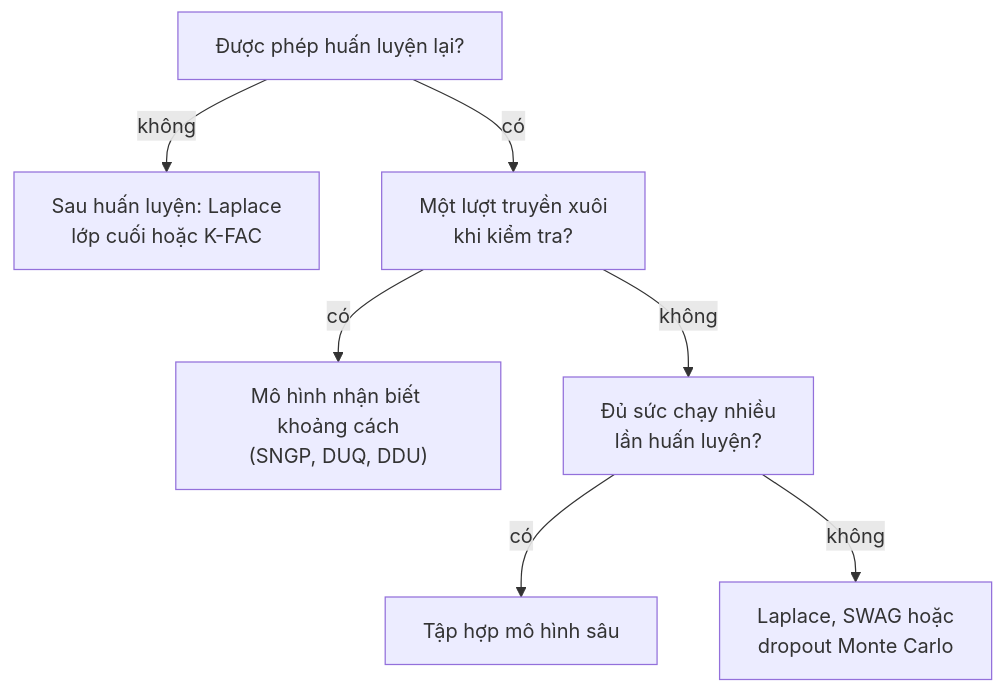
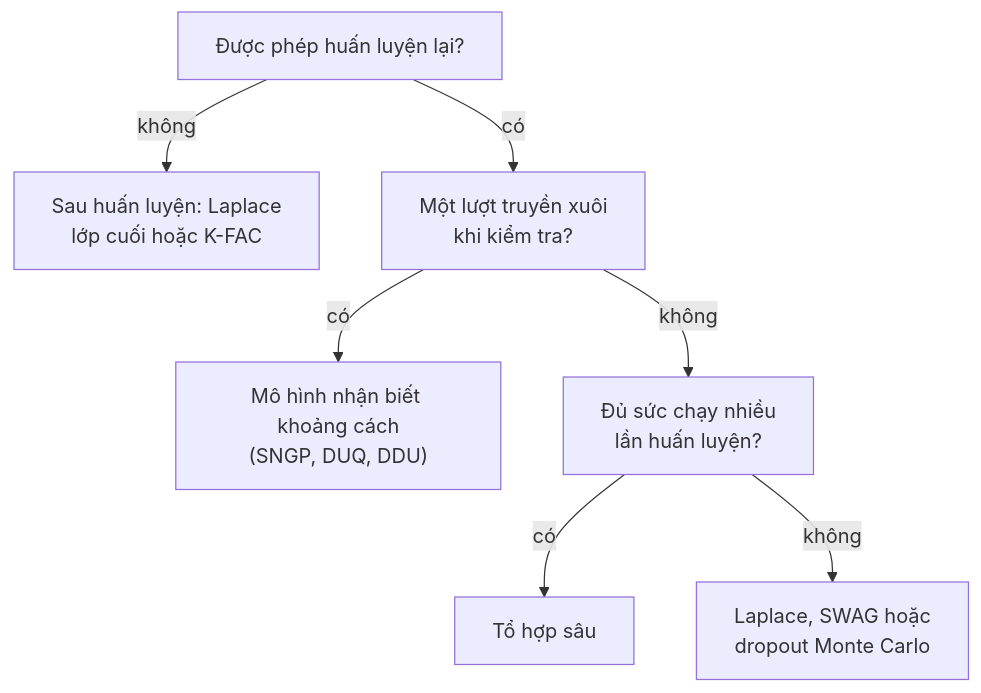
The diagram in src/content/blog/vi/scaling-bayesian-deep-learning.mdx (acrr-asia/acrr), drawn with Mermaid before and after one commit. The commit also changed other lines of this file and 11 other files, not shown here.

````diff
--- a/src/content/blog/vi/scaling-bayesian-deep-learning.mdx
+++ b/src/content/blog/vi/scaling-bayesian-deep-learning.mdx
@@ -258,9 +258,9 @@
 ```mermaid
 flowchart TD
     A["Được phép huấn luyện lại?"] -->|không| B["Sau huấn luyện: Laplace<br/>lớp cuối hoặc K-FAC"]
     A -->|có| C["Một lượt truyền xuôi<br/>khi kiểm tra?"]
     C -->|có| D["Mô hình nhận biết khoảng cách<br/>(SNGP, DUQ, DDU)"]
     C -->|không| E["Đủ sức chạy nhiều<br/>lần huấn luyện?"]
-    E -->|có| F["Tập hợp mô hình sâu"]
+    E -->|có| F["Tổ hợp sâu"]
     E -->|không| G["Laplace, SWAG hoặc<br/>dropout Monte Carlo"]
 ```
````
